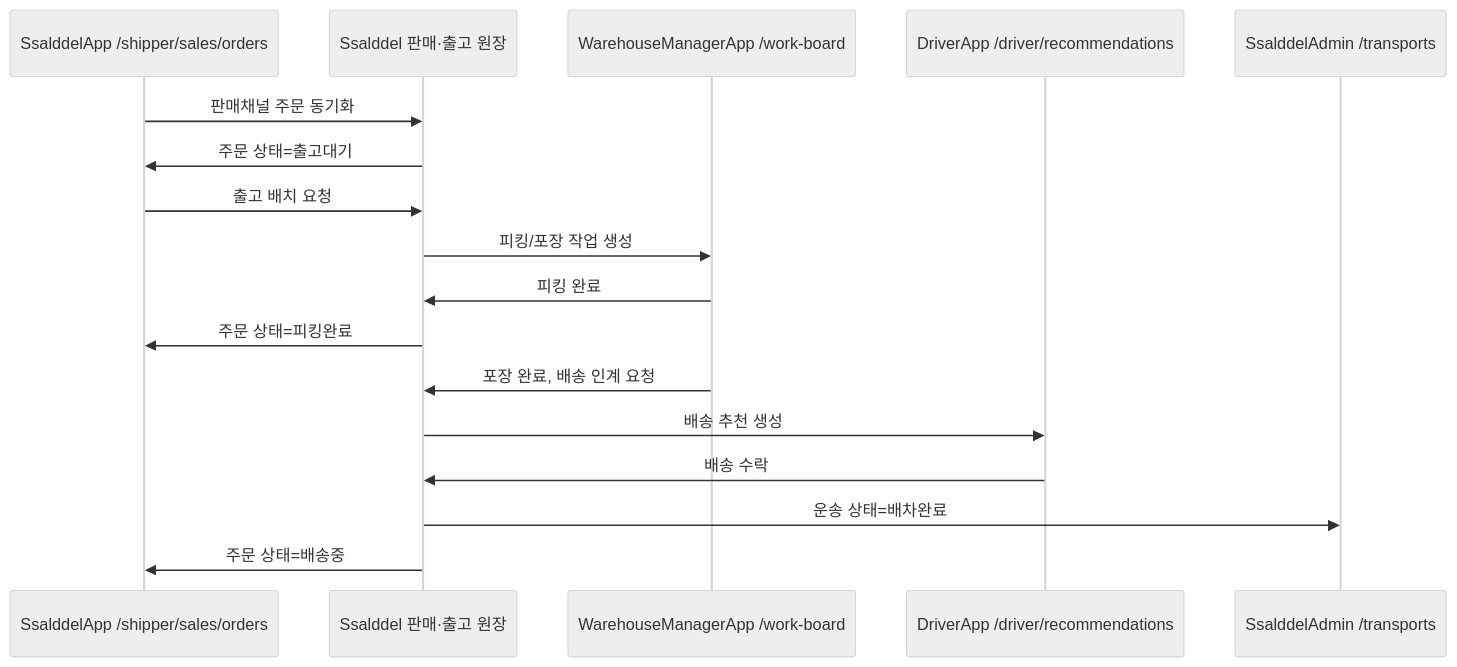
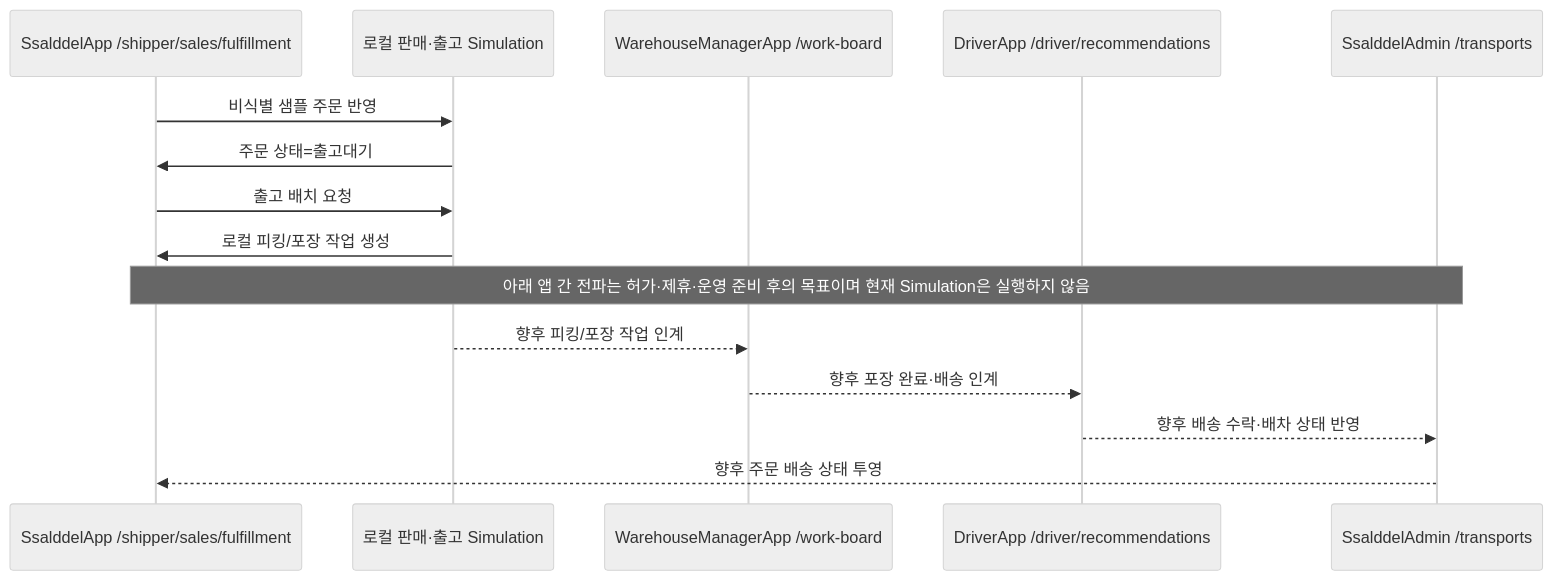
The sixth of 9 diagrams in docs/ProjectOverview/workflow-app-screen-map.md (cheolwo/hongdal), drawn with Mermaid (neutral theme) before and after one commit. The commit also changed other lines of this file and 45 other files, not shown here.

````diff
--- a/docs/ProjectOverview/workflow-app-screen-map.md
+++ b/docs/ProjectOverview/workflow-app-screen-map.md
@@ -195,20 +195,18 @@
 ```mermaid
 sequenceDiagram
-    participant Seller as SsalddelApp /shipper/sales/orders
-    participant Server as Ssalddel 판매·출고 원장
+    participant Seller as SsalddelApp /shipper/sales/fulfillment
+    participant Server as 로컬 판매·출고 Simulation
     participant Warehouse as WarehouseManagerApp /work-board
     participant Driver as DriverApp /driver/recommendations
     participant Admin as SsalddelAdmin /transports
 
-    Seller->>Server: 판매채널 주문 동기화
+    Seller->>Server: 비식별 샘플 주문 반영
     Server->>Seller: 주문 상태=출고대기
     Seller->>Server: 출고 배치 요청
-    Server->>Warehouse: 피킹/포장 작업 생성
-    Warehouse->>Server: 피킹 완료
-    Server->>Seller: 주문 상태=피킹완료
-    Warehouse->>Server: 포장 완료, 배송 인계 요청
-    Server->>Driver: 배송 추천 생성
-    Driver->>Server: 배송 수락
-    Server->>Admin: 운송 상태=배차완료
-    Server->>Seller: 주문 상태=배송중
+    Server->>Seller: 로컬 피킹/포장 작업 생성
+    Note over Seller,Admin: 아래 앱 간 전파는 허가·제휴·운영 준비 후의 목표이며 현재 Simulation은 실행하지 않음
+    Server-->>Warehouse: 향후 피킹/포장 작업 인계
+    Warehouse-->>Driver: 향후 포장 완료·배송 인계
+    Driver-->>Admin: 향후 배송 수락·배차 상태 반영
+    Admin-->>Seller: 향후 주문 배송 상태 투영
 ```
````
